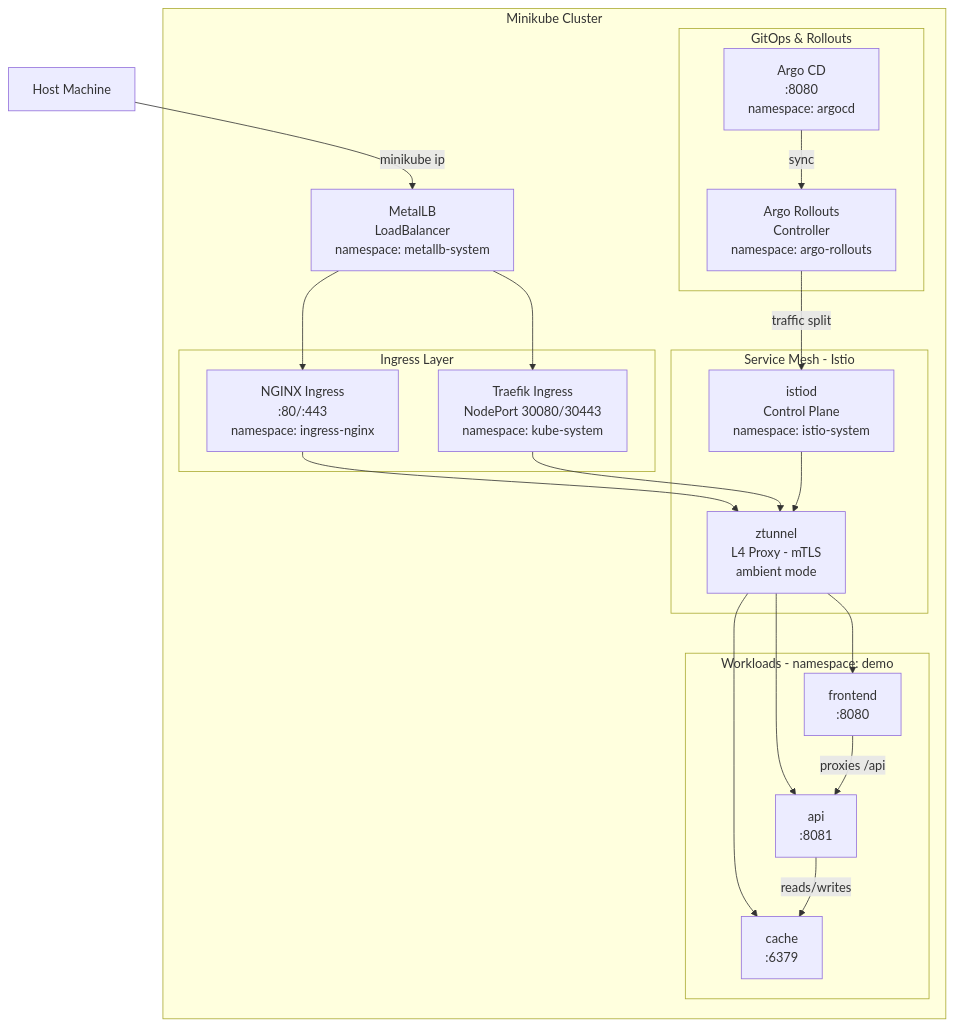
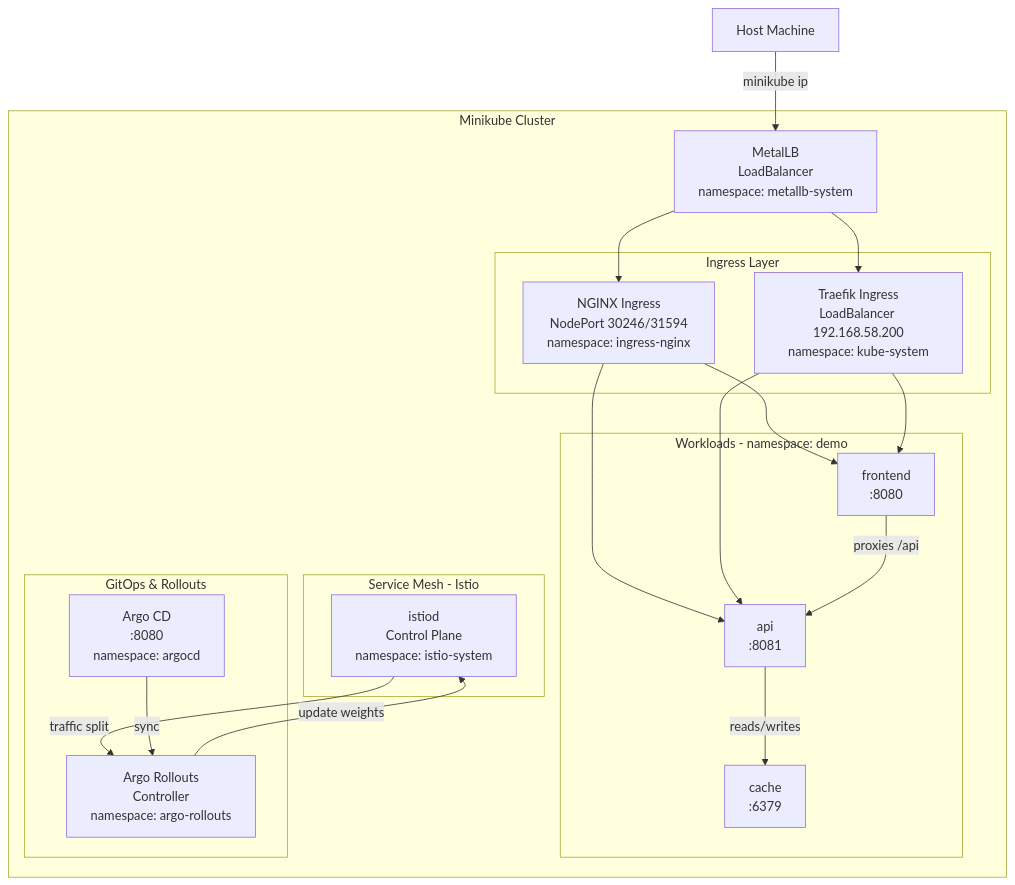
One commit to xavier-gallofre/k8s-deployer-playground changed the first of 3 diagrams in docs/arquitectura.md. Above: the diagram before and after it, drawn with Mermaid. The commit also changed other lines of this file and 2 other files, not shown here.

````diff
--- a/docs/arquitectura.md
+++ b/docs/arquitectura.md
@@ -9,41 +9,39 @@
 ```mermaid
 graph TB
     subgraph "Minikube Cluster"
         subgraph "Ingress Layer"
-            NGINX["NGINX Ingress<br/>:80/:443<br/>namespace: ingress-nginx"]
-            TRAEFIK["Traefik Ingress<br/>NodePort 30080/30443<br/>namespace: kube-system"]
+            NGINX["NGINX Ingress<br/>NodePort 30246/31594<br/>namespace: ingress-nginx"]
+            TRAEFIK["Traefik Ingress<br/>LoadBalancer 192.168.58.200<br/>namespace: kube-system"]
         end
 
         subgraph "Service Mesh - Istio"
             ISTIOD["istiod<br/>Control Plane<br/>namespace: istio-system"]
-            ZTUNNEL["ztunnel<br/>L4 Proxy - mTLS<br/>ambient mode"]
         end
 
         subgraph "Workloads - namespace: demo"
             FE["frontend<br/>:8080"]
             API["api<br/>:8081"]
             CACHE["cache<br/>:6379"]
         end
 
         subgraph "GitOps & Rollouts"
             ARGOCD["Argo CD<br/>:8080<br/>namespace: argocd"]
             ROLLOUTS["Argo Rollouts<br/>Controller<br/>namespace: argo-rollouts"]
         end
 
         METALLB["MetalLB<br/>LoadBalancer<br/>namespace: metallb-system"]
     end
 
     HOST["Host Machine"] -->|"minikube ip"| METALLB
     METALLB --> NGINX
     METALLB --> TRAEFIK
-    NGINX --> ZTUNNEL
-    TRAEFIK --> ZTUNNEL
-    ZTUNNEL --> FE
-    ZTUNNEL --> API
-    ZTUNNEL --> CACHE
-    ISTIOD --> ZTUNNEL
+    NGINX --> FE
+    NGINX --> API
+    TRAEFIK --> FE
+    TRAEFIK --> API
+    ISTIOD -->|"traffic split"| ROLLOUTS
     ARGOCD -->|"sync"| ROLLOUTS
-    ROLLOUTS -->|"traffic split"| ISTIOD
+    ROLLOUTS -->|"update weights"| ISTIOD
     API -->|"reads/writes"| CACHE
     FE -->|"proxies /api"| API
 ```
````
